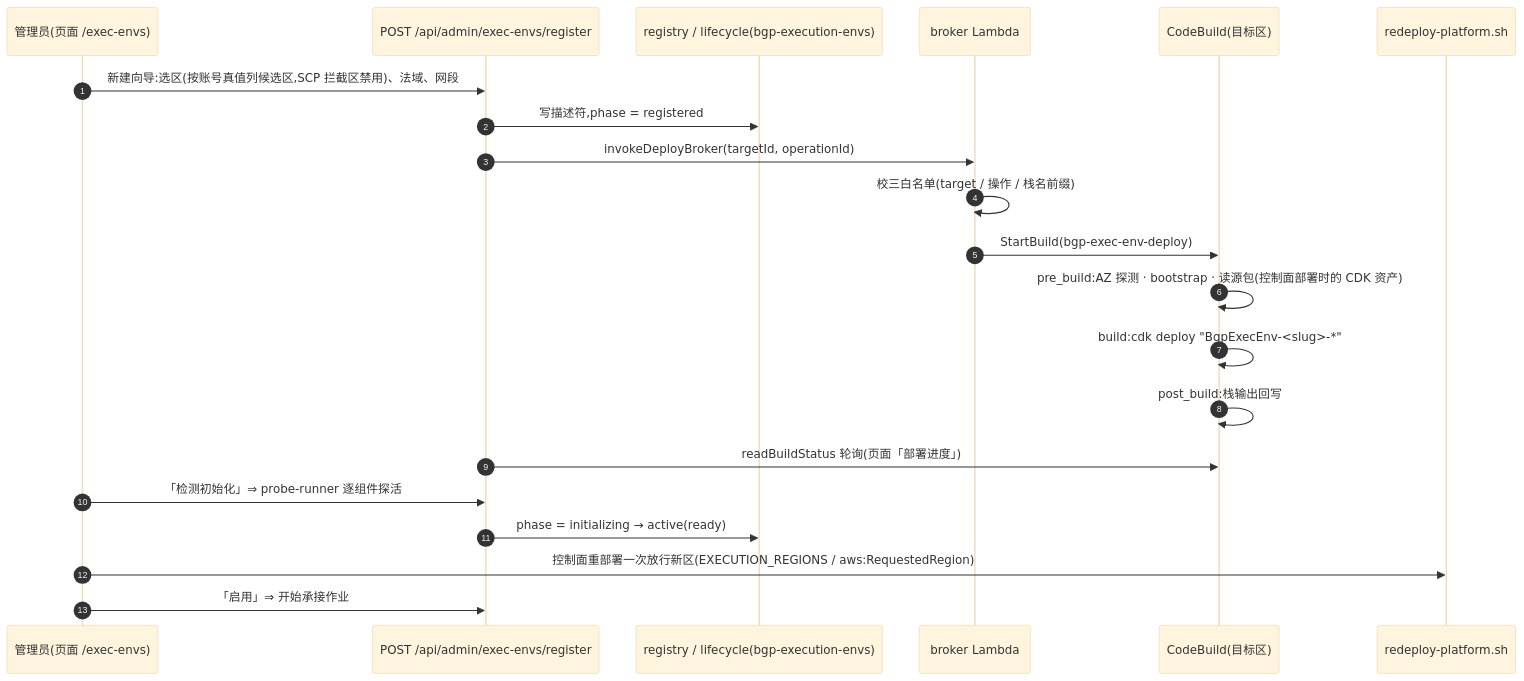
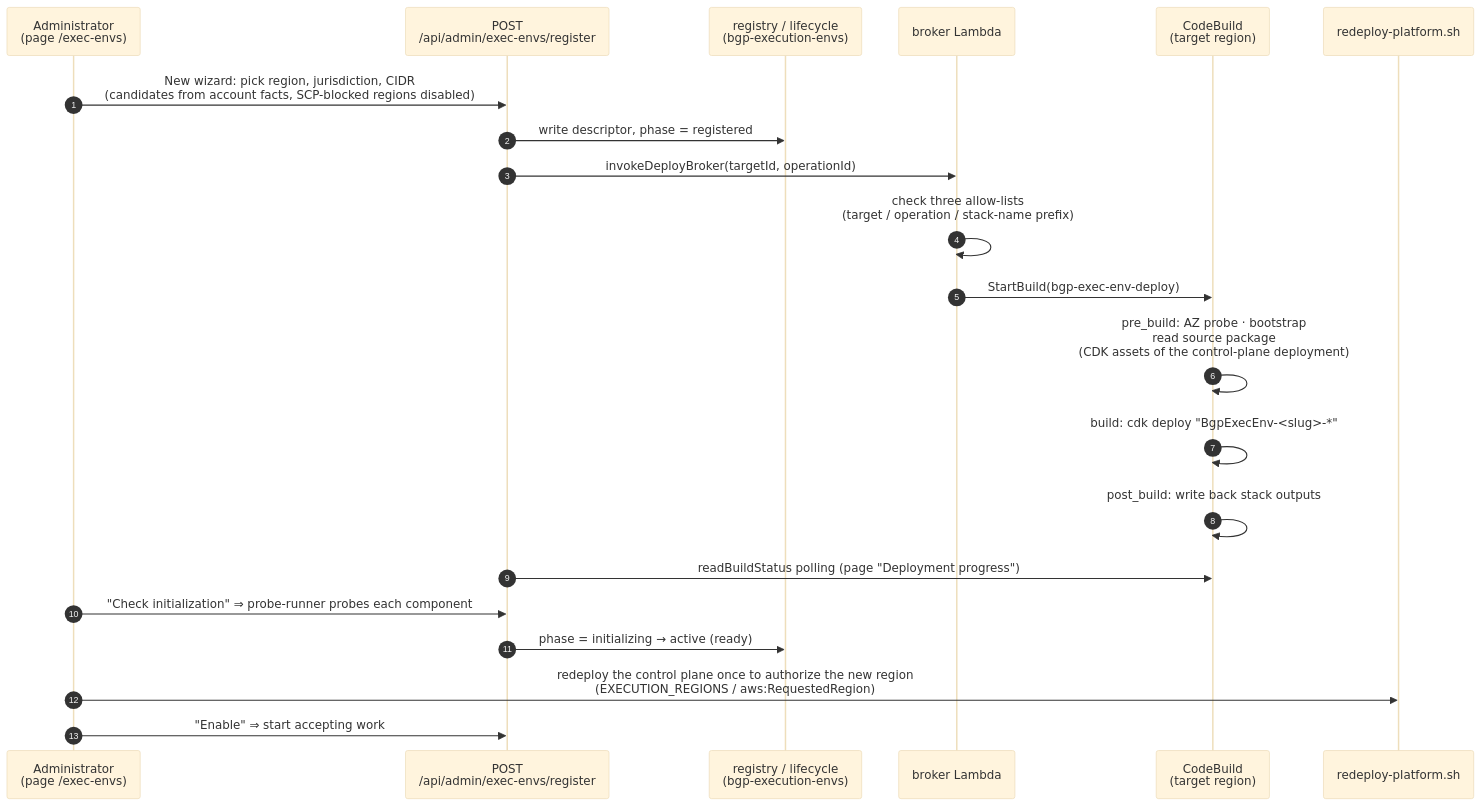
One commit to aws-samples/sample-kingfisher changed the diagram in docs/diagrams/src/mr-flow-add-exec-env.mmd. Above: the diagram before and after it, drawn with Mermaid (base theme). The commit also changed 95 other files, not shown here.

```diff
--- a/docs/diagrams/src/mr-flow-add-exec-env.mmd
+++ b/docs/diagrams/src/mr-flow-add-exec-env.mmd
@@ -1,21 +1,22 @@
+%%{init: {"sequence": {"wrapPadding": 18}}}%%
 sequenceDiagram
   autonumber
-  participant U as 管理员(页面 /exec-envs)
-  participant API as POST /api/admin/exec-envs/register
-  participant REG as registry / lifecycle(bgp-execution-envs)
+  participant U as Administrator<br/>(page /exec-envs)
+  participant API as POST<br/>/api/admin/exec-envs/register
+  participant REG as registry / lifecycle<br/>(bgp-execution-envs)
   participant BRK as broker Lambda
-  participant CB as CodeBuild(目标区)
+  participant CB as CodeBuild<br/>(target region)
   participant RP as redeploy-platform.sh
-  U->>API: 新建向导:选区(按账号真值列候选区,SCP 拦截区禁用)、法域、网段
-  API->>REG: 写描述符,phase = registered
+  U->>API: New wizard: pick region, jurisdiction, CIDR<br/>(candidates from account facts, SCP-blocked regions disabled)
+  API->>REG: write descriptor, phase = registered
   API->>BRK: invokeDeployBroker(targetId, operationId)
-  BRK->>BRK: 校三白名单(target / 操作 / 栈名前缀)
+  BRK->>BRK: check three allow-lists<br/>(target / operation / stack-name prefix)<br/>
   BRK->>CB: StartBuild(bgp-exec-env-deploy)
-  CB->>CB: pre_build:AZ 探测 · bootstrap · 读源包(控制面部署时的 CDK 资产)
-  CB->>CB: build:cdk deploy "BgpExecEnv-<slug>-*"
-  CB->>CB: post_build:栈输出回写
-  API->>CB: readBuildStatus 轮询(页面「部署进度」)
-  U->>API: 「检测初始化」⇒ probe-runner 逐组件探活
-  API->>REG: phase = initializing → active(ready)
-  U->>RP: 控制面重部署一次放行新区(EXECUTION_REGIONS / aws:RequestedRegion)
-  U->>API: 「启用」⇒ 开始承接作业
+  CB->>CB: pre_build: AZ probe · bootstrap<br/>read source package<br/>(CDK assets of the control-plane deployment)<br/>
+  CB->>CB: build: cdk deploy "BgpExecEnv-<slug>-*"<br/>
+  CB->>CB: post_build: write back stack outputs<br/>
+  API->>CB: readBuildStatus polling (page "Deployment progress")
+  U->>API: "Check initialization" ⇒ probe-runner probes each component
+  API->>REG: phase = initializing → active (ready)
+  U->>RP: redeploy the control plane once to authorize the new region<br/>(EXECUTION_REGIONS / aws:RequestedRegion)
+  U->>API: "Enable" ⇒ start accepting work
```
